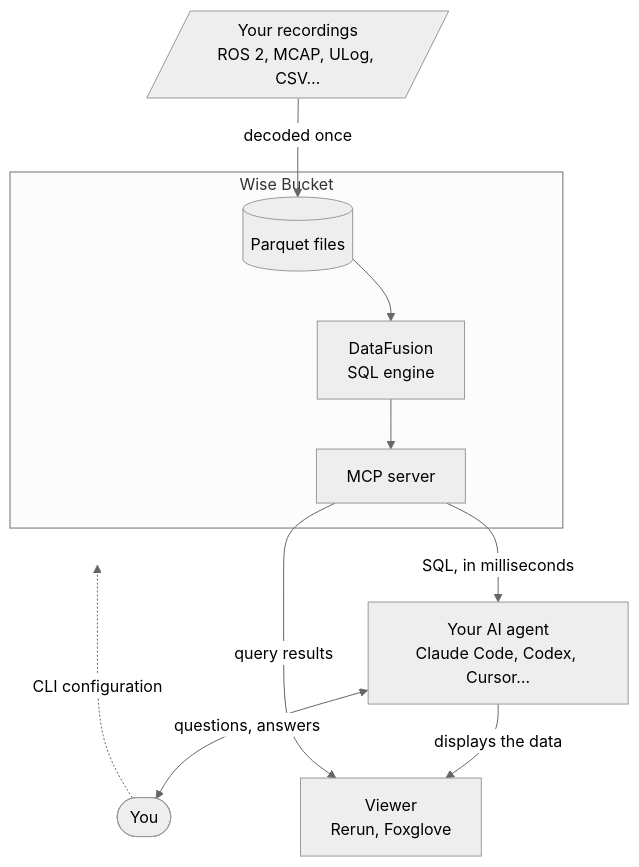
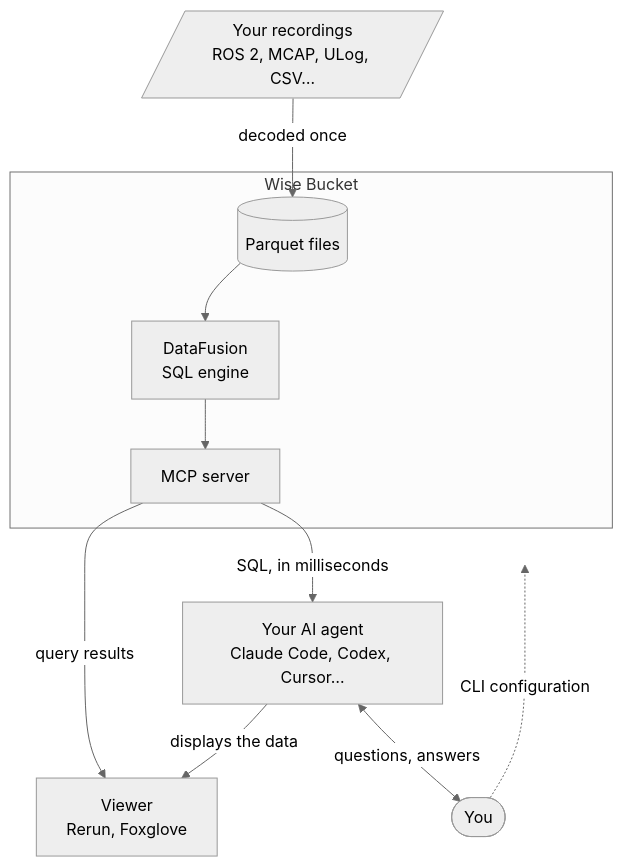
Before and after one commit to MBagory/wise-bucket: the diagram in README.md, drawn with Mermaid (neutral theme).

Commit message:
README: diagram lines no longer cross

````diff
--- a/README.md
+++ b/README.md
@@ -40,12 +40,12 @@
 ```mermaid
 flowchart TB
+    rec[/"Your recordings<br/>ROS 2, MCAP, ULog, CSV…"/] -->|"decoded once"| store
     subgraph wb["Wise Bucket"]
         store[("Parquet files")] --> engine["DataFusion<br/>SQL engine"] --> mcp["MCP server"]
     end
-    rec[/"Your recordings<br/>ROS 2, MCAP, ULog, CSV…"/] -->|"decoded once"| store
+    you(["You"]) -.->|"CLI configuration"| wb
     mcp -->|"SQL, in milliseconds"| agent["Your AI agent<br/>Claude Code, Codex, Cursor…"]
-    agent <-->|"questions, answers"| you(["You"])
-    agent -->|"displays the data"| viewer["Viewer<br/>Rerun, Foxglove"]
-    mcp -->|"query results"| viewer
-    you -.->|"CLI configuration"| wb
+    mcp -->|"query results"| viewer["Viewer<br/>Rerun, Foxglove"]
+    agent -->|"displays the data"| viewer
+    agent <-->|"questions, answers"| you
 ```
````
